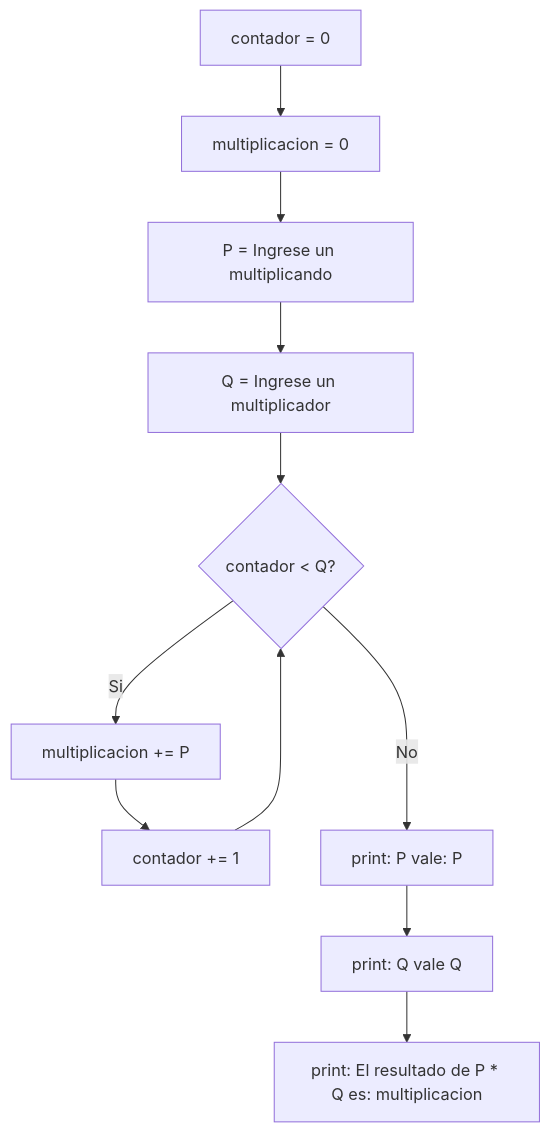
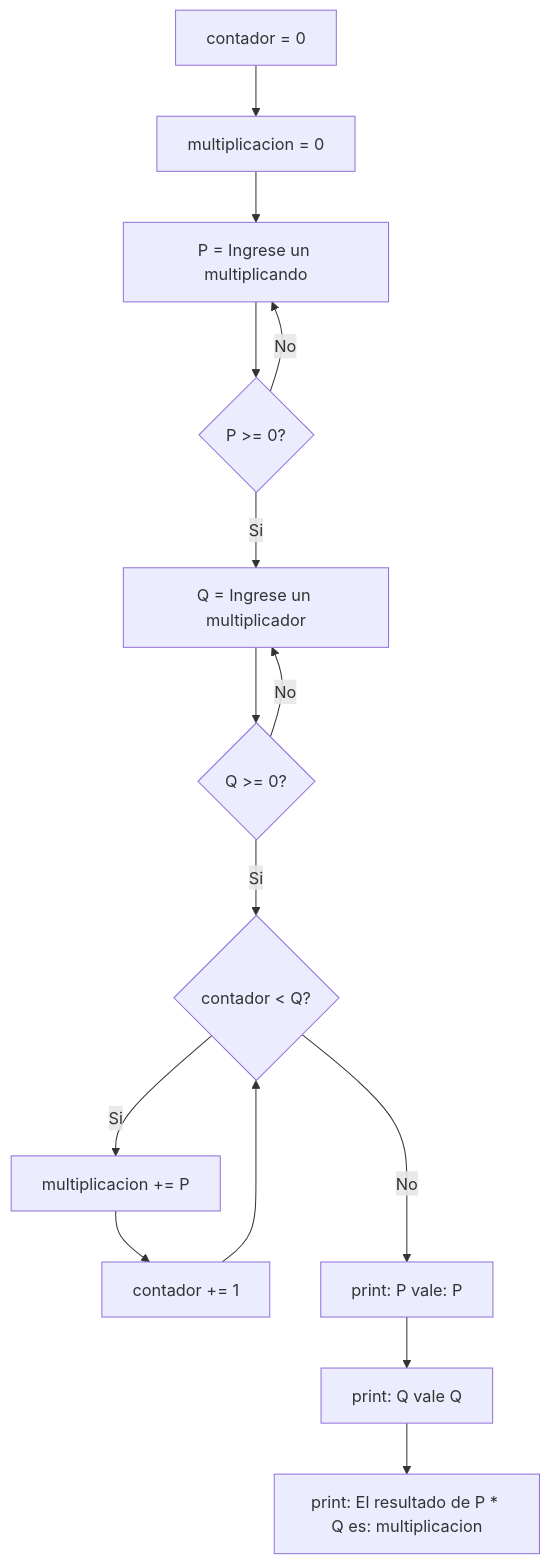
One commit to Chabok52/TP_8 changed the diagram in Ejercicio13.md. Above: the diagram before and after it, drawn with Mermaid. The commit also changed other lines of this file, not shown here.

Commit message:
Correcciones ejercicio 13

````diff
--- a/Ejercicio13.md
+++ b/Ejercicio13.md
@@ -4,14 +4,18 @@
 ```mermaid
 flowchart TD
 	A[contador = 0]
     A --> B[multiplicacion = 0]
     B --> C[P = Ingrese un multiplicando]
-    C --> D[Q = Ingrese un multiplicador]
-    D --> E{contador < Q?}
+    C--> K{P >= 0?}
+    K --> |No| C
+    K --> |Si| D[Q = Ingrese un multiplicador]
+    D --> L{Q >= 0?}
+    L --> |No| D
+    L --> |Si| E{contador < Q?}
     E --> |Si| F[multiplicacion += P]
     F --> G[contador += 1]
     G --> E
     E ---> |No| H[print: P vale: P]
     H --> I[print: Q vale Q]
     I --> J[print: El resultado de P * Q es: multiplicacion]
 ```
````
